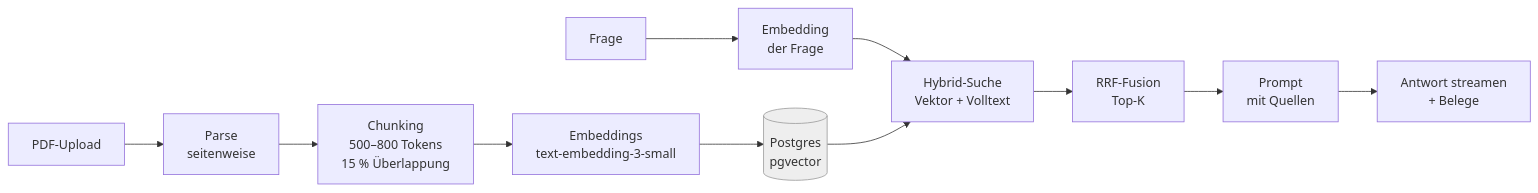
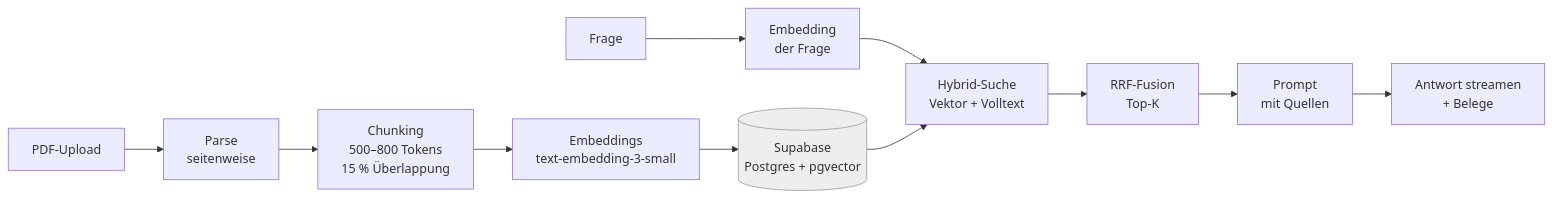
Before and after one commit to leorifa93/notebook: the diagram in README.md, drawn with Mermaid. The commit also changed other lines of this file and 5 other files, not shown here.

````diff
--- a/README.md
+++ b/README.md
@@ -21,16 +21,16 @@
 ```mermaid
 flowchart LR
   A[PDF-Upload] --> B[Parse<br/>seitenweise]
   B --> C[Chunking<br/>500–800 Tokens<br/>15 % Überlappung]
   C --> D[Embeddings<br/>text-embedding-3-small]
-  D --> E[(Postgres<br/>pgvector)]
+  D --> E[(Supabase<br/>Postgres + pgvector)]
 
   F[Frage] --> G[Embedding<br/>der Frage]
   G --> H[Hybrid-Suche<br/>Vektor + Volltext]
   E --> H
   H --> I[RRF-Fusion<br/>Top-K]
   I --> J[Prompt<br/>mit Quellen]
   J --> K[Antwort streamen<br/>+ Belege]
 
   style E fill:#eee,stroke:#999
 ```
````
